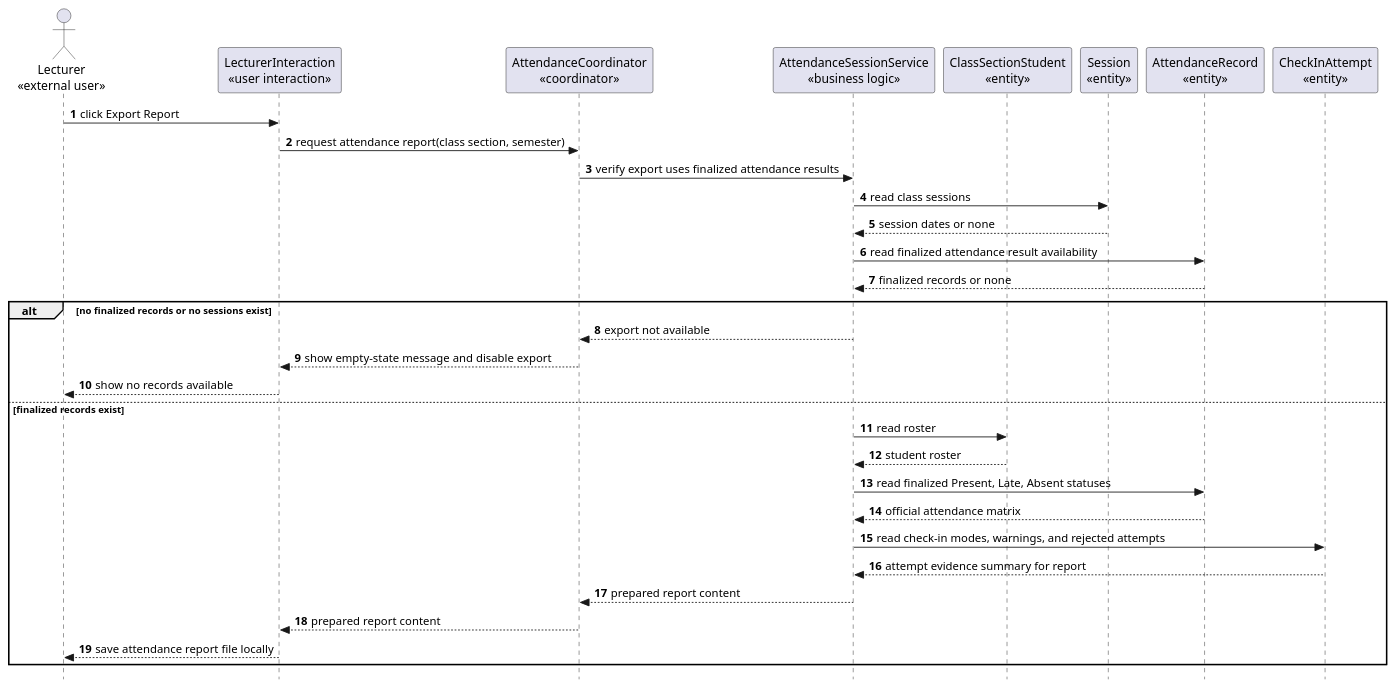
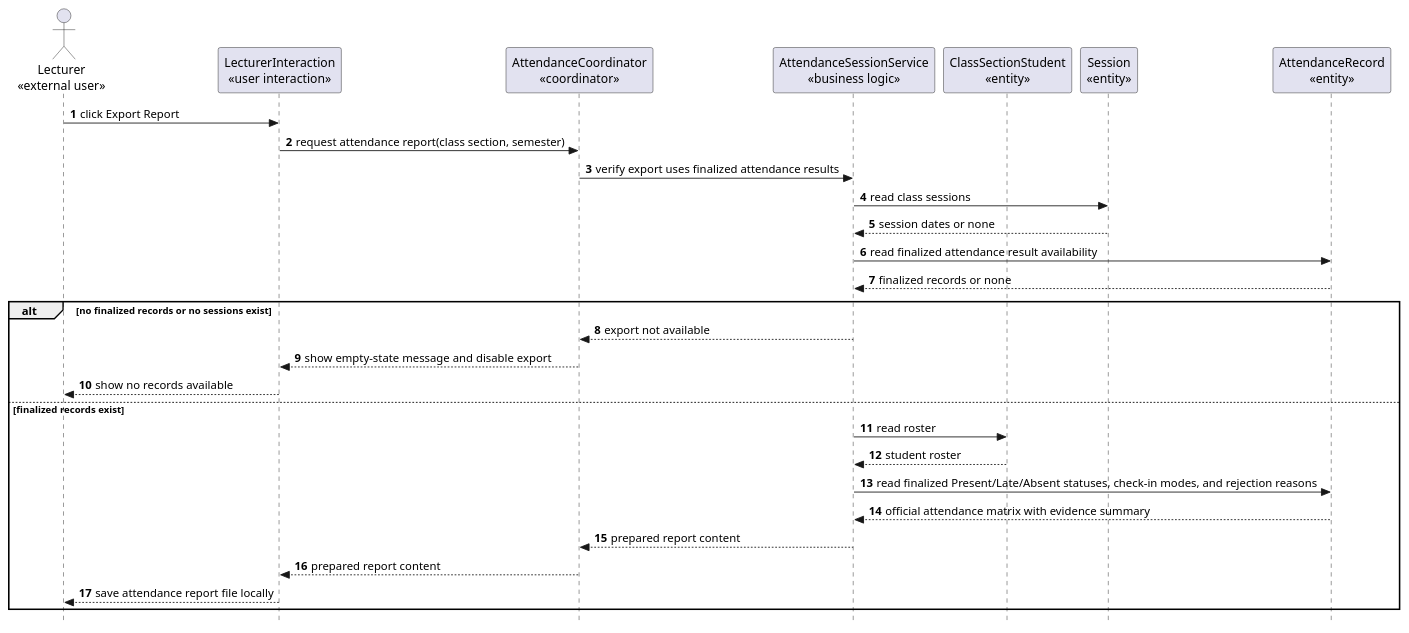
Diagram 21 of 28 in docs/rds/2_Analysis.md (nttung42/SWD392), drawn with PlantUML before and after one commit. The commit also changed other lines of this file and 4 other files, not shown here.

Commit message:
not force calculate distance and merge checkin attemp with attendance record

````diff
--- a/docs/rds/2_Analysis.md
+++ b/docs/rds/2_Analysis.md
@@ -1122,38 +992,35 @@
 ```plantuml
 @startuml
 skinparam style strictuml
 autonumber
 actor "Lecturer\n«external user»" as Lecturer
 participant "LecturerInteraction\n«user interaction»" as LecturerUI
 participant "AttendanceCoordinator\n«coordinator»" as ReportControl
 participant "AttendanceSessionService\n«business logic»" as ReportRules
 participant "ClassSectionStudent\n«entity»" as ClassSectionStudent
 participant "Session\n«entity»" as Session
 participant "AttendanceRecord\n«entity»" as AttendanceRecord
-participant "CheckInAttempt\n«entity»" as CheckInAttempt
 
 Lecturer -> LecturerUI : click Export Report
 LecturerUI -> ReportControl : request attendance report(class section, semester)
 ReportControl -> ReportRules : verify export uses finalized attendance results
 ReportRules -> Session : read class sessions
 Session --> ReportRules : session dates or none
 ReportRules -> AttendanceRecord : read finalized attendance result availability
 AttendanceRecord --> ReportRules : finalized records or none
 
 alt no finalized records or no sessions exist
   ReportRules --> ReportControl : export not available
   ReportControl --> LecturerUI : show empty-state message and disable export
   LecturerUI --> Lecturer : show no records available
 else finalized records exist
   ReportRules -> ClassSectionStudent : read roster
   ClassSectionStudent --> ReportRules : student roster
-  ReportRules -> AttendanceRecord : read finalized Present, Late, Absent statuses
-  AttendanceRecord --> ReportRules : official attendance matrix
-  ReportRules -> CheckInAttempt : read check-in modes, warnings, and rejected attempts
-  CheckInAttempt --> ReportRules : attempt evidence summary for report
+  ReportRules -> AttendanceRecord : read finalized Present/Late/Absent statuses, check-in modes, and rejection reasons
+  AttendanceRecord --> ReportRules : official attendance matrix with evidence summary
   ReportRules --> ReportControl : prepared report content
   ReportControl --> LecturerUI : prepared report content
   LecturerUI --> Lecturer : save attendance report file locally
 end
 @enduml
 ```
````
